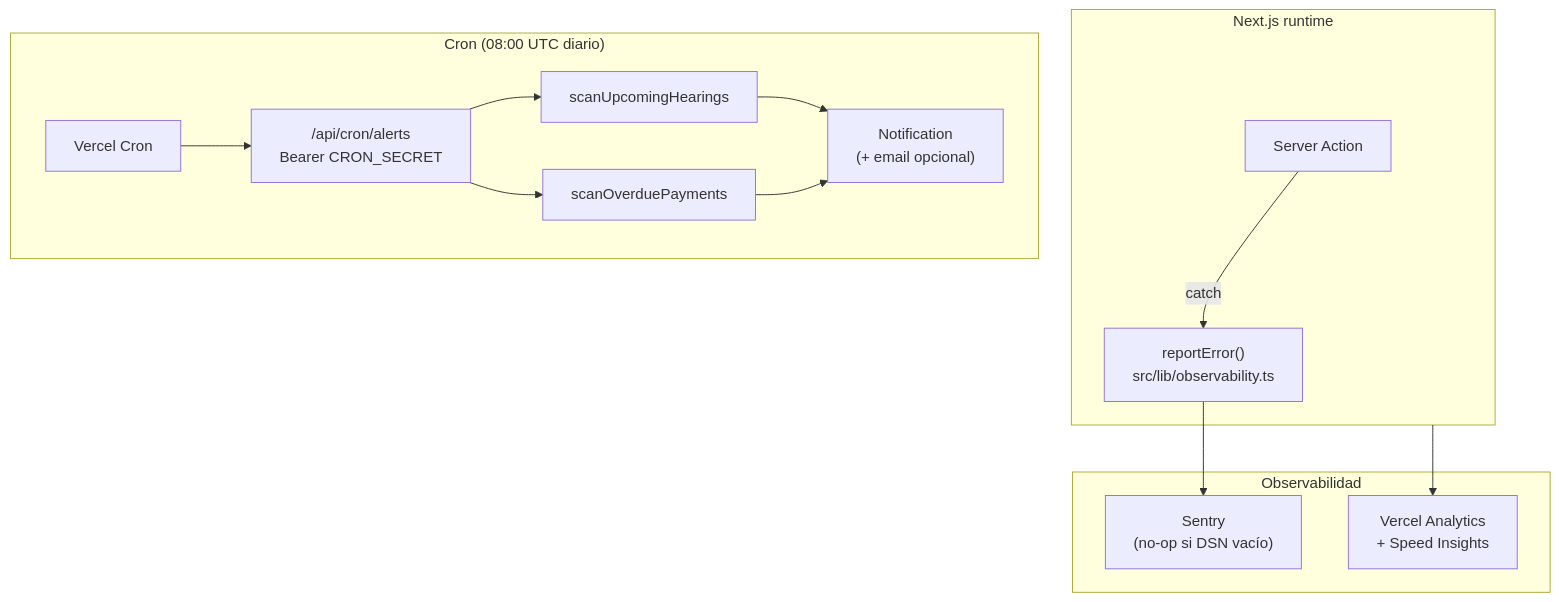
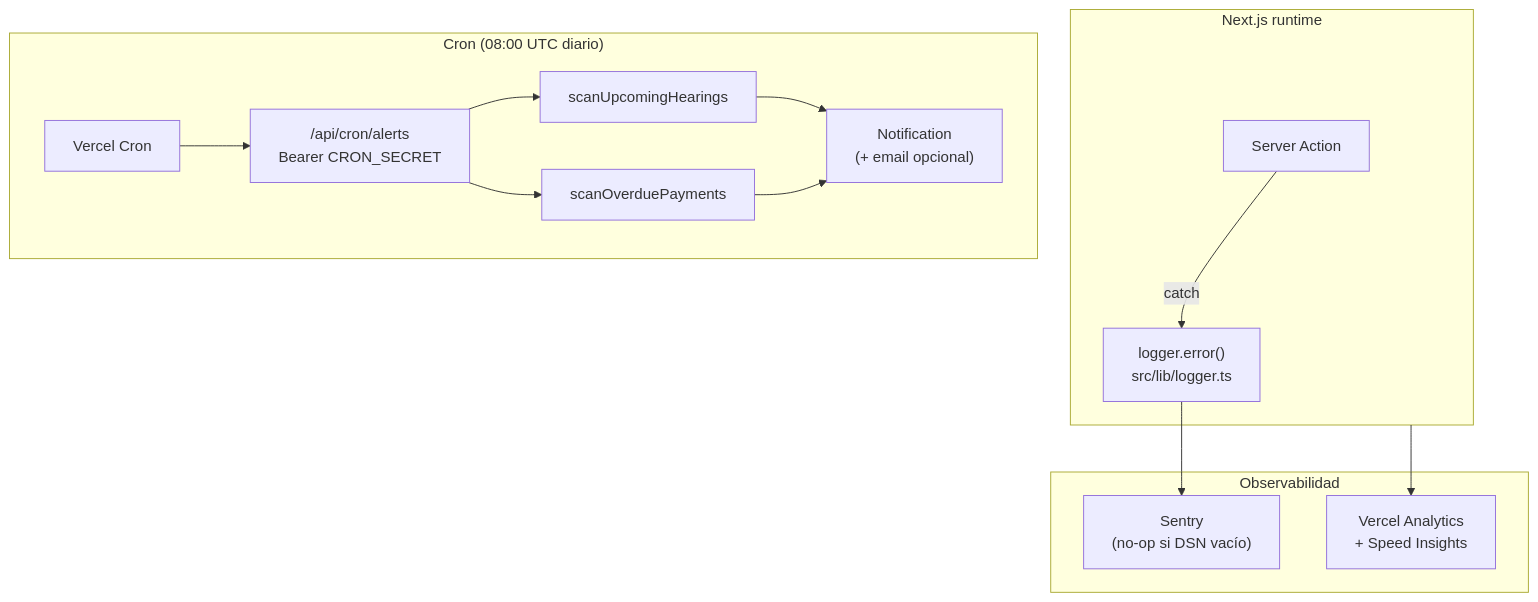
The ninth of 9 diagrams in docs/ARQUITECTURA.md (insolventic/insolventic), drawn with Mermaid before and after one commit. The commit also changed other lines of this file and 15 other files, not shown here.

First line of the commit message:
refactor(observabilidad): un solo wrapper de Sentry (el logger) + fin del evento duplicado en generacion (#38)

````diff
--- a/docs/ARQUITECTURA.md
+++ b/docs/ARQUITECTURA.md
@@ -300,26 +300,26 @@
 ```mermaid
 flowchart TD
     subgraph App["Next.js runtime"]
         Action["Server Action"]
-        Wrapper["reportError()<br/>src/lib/observability.ts"]
+        Wrapper["logger.error()<br/>src/lib/logger.ts"]
     end
     subgraph Obs["Observabilidad"]
         Sentry["Sentry<br/>(no-op si DSN vacío)"]
         Vercel["Vercel Analytics<br/>+ Speed Insights"]
     end
     subgraph Cron["Cron (08:00 UTC diario)"]
         VC["Vercel Cron"]
         Route["/api/cron/alerts<br/>Bearer CRON_SECRET"]
         Scan1["scanUpcomingHearings"]
         Scan2["scanOverduePayments"]
         Notif["Notification<br/>(+ email opcional)"]
     end
     Action -- catch --> Wrapper
     Wrapper --> Sentry
     App --> Vercel
     VC --> Route
     Route --> Scan1
     Route --> Scan2
     Scan1 --> Notif
     Scan2 --> Notif
 ```
````
